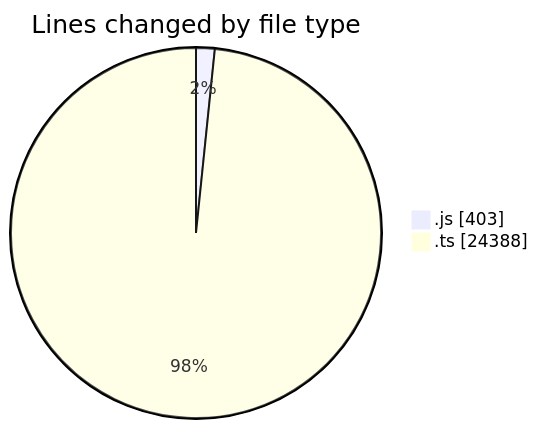
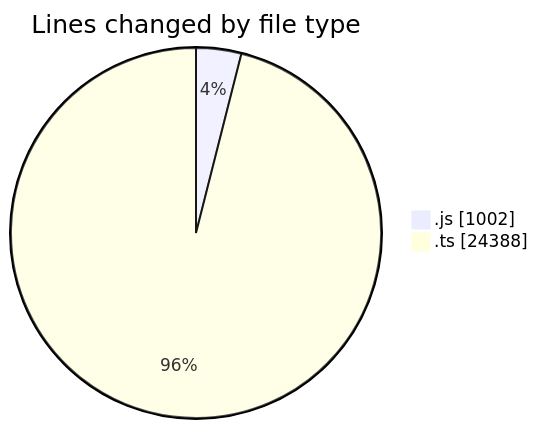
One commit to momahboobian/code-tracking changed the first of 2 diagrams in 2026-01-15/cda/README.md. Above: the diagram before and after it, drawn with Mermaid. The commit also changed other lines of this file and 1 other file, not shown here.

````diff
--- a/2026-01-15/cda/README.md
+++ b/2026-01-15/cda/README.md
@@ -25,6 +26,6 @@
 ```mermaid
 pie showData
 title Lines changed by file type
-".js" : 403
+".js" : 1002
 ".ts" : 24388
 ```
````
